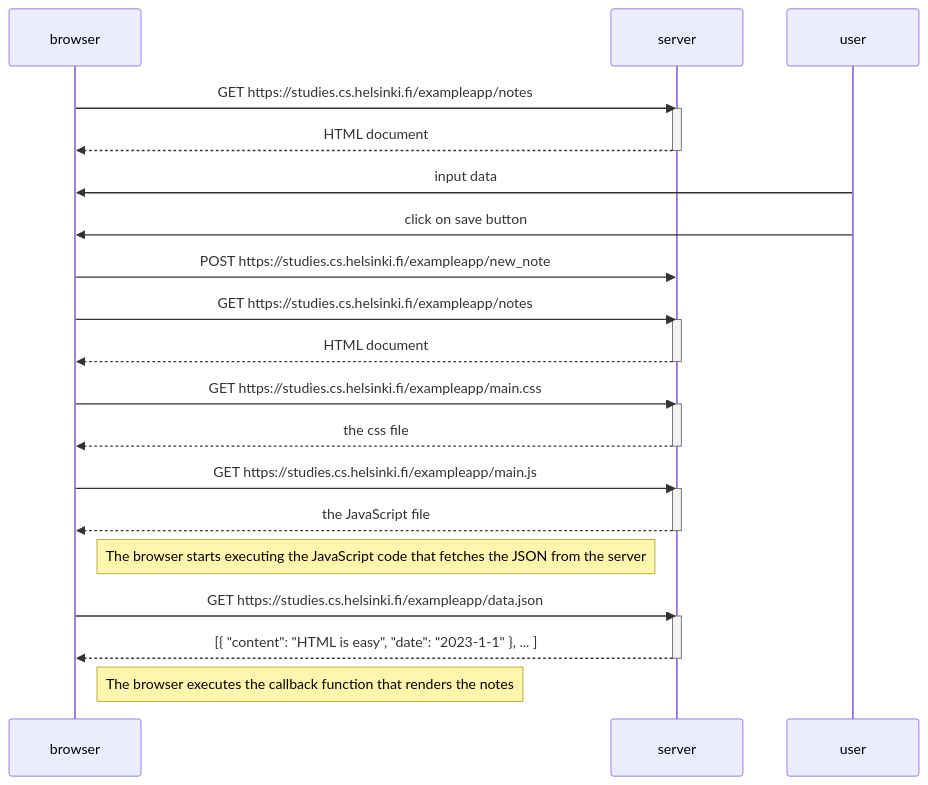
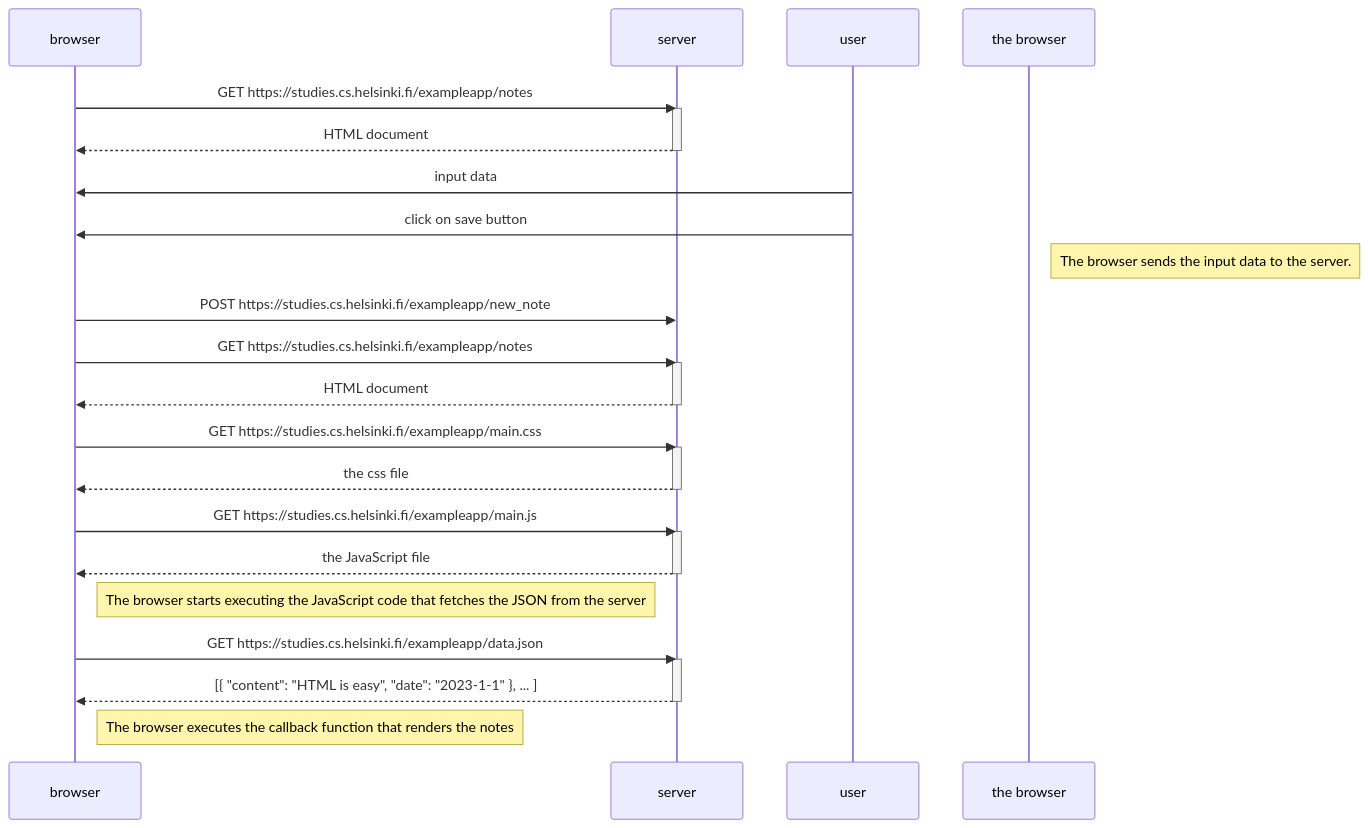
The diagram in mermaid.md (24Akshat/fullstackopen), drawn with Mermaid before and after one commit.

````diff
--- a/mermaid.md
+++ b/mermaid.md
@@ -1,38 +1,39 @@
 ```mermaid
 sequenceDiagram
     participant browser
     participant server
     participant user
 
     browser->>server: GET https://studies.cs.helsinki.fi/exampleapp/notes
     activate server
     server-->>browser: HTML document
     deactivate server
 
     user ->> browser : input data
     user ->> browser : click on save button
+    Note right of the browser : The browser sends the input data to the server.
     browser ->> server : POST https://studies.cs.helsinki.fi/exampleapp/new_note
     browser->>server: GET https://studies.cs.helsinki.fi/exampleapp/notes
     activate server
     server-->>browser: HTML document
     deactivate server
 
     browser->>server: GET https://studies.cs.helsinki.fi/exampleapp/main.css
     activate server
     server-->>browser: the css file
     deactivate server
 
     browser->>server: GET https://studies.cs.helsinki.fi/exampleapp/main.js
     activate server
     server-->>browser: the JavaScript file
     deactivate server
 
     Note right of browser: The browser starts executing the JavaScript code that fetches the JSON from the server
 
     browser->>server: GET https://studies.cs.helsinki.fi/exampleapp/data.json
     activate server
     server-->>browser: [{ "content": "HTML is easy", "date": "2023-1-1" }, ... ]
     deactivate server
 
     Note right of browser: The browser executes the callback function that renders the notes
 ```
````
